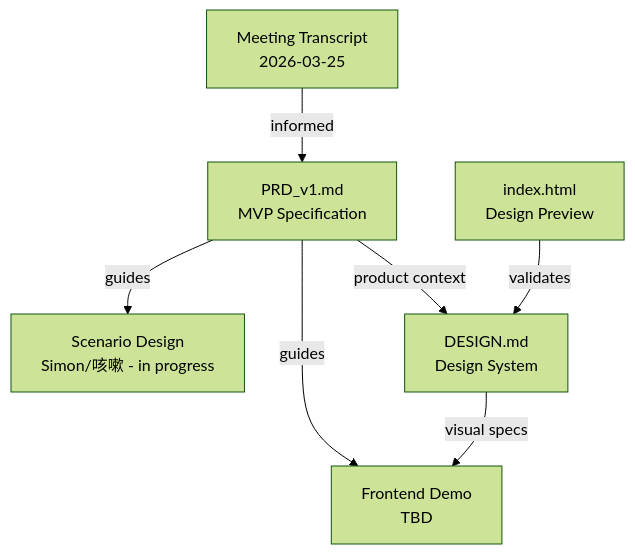
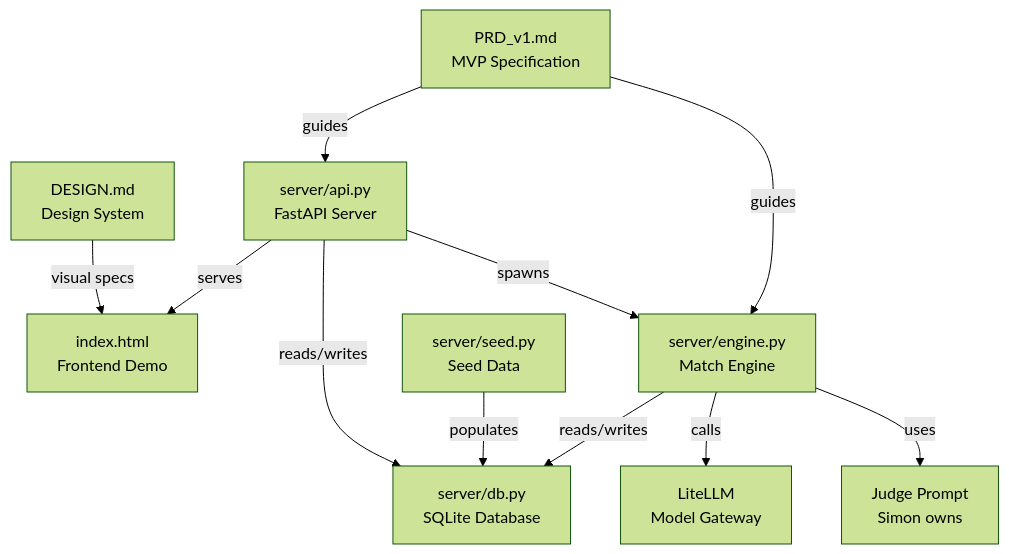
One commit to paideia-ai/axiia-cup changed the diagram in index.md. Above: the diagram before and after it, drawn with Mermaid (forest theme). The commit also changed other lines of this file and 14 other files, not shown here.

````diff
--- a/index.md
+++ b/index.md
@@ -13,14 +25,23 @@
 ```mermaid
 graph TD
     PRD[PRD_v1.md<br/>MVP Specification]
-    MEETING[Meeting Transcript<br/>2026-03-25]
-    SCENARIO[Scenario Design<br/>Simon/咳嗽 - in progress]
-    FRONTEND[Frontend Demo<br/>TBD]
+    DESIGN[DESIGN.md<br/>Design System]
+    FRONTEND[index.html<br/>Frontend Demo]
+    DB[server/db.py<br/>SQLite Database]
+    ENGINE[server/engine.py<br/>Match Engine]
+    API[server/api.py<br/>FastAPI Server]
+    SEED[server/seed.py<br/>Seed Data]
+    LITELLM[LiteLLM<br/>Model Gateway]
+    JUDGE[Judge Prompt<br/>Simon owns]
 
-    MEETING -->|informed| PRD
-    PRD -->|guides| SCENARIO
-    PRD -->|guides| FRONTEND
-    DESIGN[DESIGN.md<br/>Design System] -->|visual specs| FRONTEND
-    PRD -->|product context| DESIGN
-    PREVIEW[index.html<br/>Design Preview] -->|validates| DESIGN
+    PRD -->|guides| API
+    PRD -->|guides| ENGINE
+    DESIGN -->|visual specs| FRONTEND
+    API -->|serves| FRONTEND
+    API -->|reads/writes| DB
+    ENGINE -->|reads/writes| DB
+    ENGINE -->|calls| LITELLM
+    ENGINE -->|uses| JUDGE
+    SEED -->|populates| DB
+    API -->|spawns| ENGINE
 ```
````
